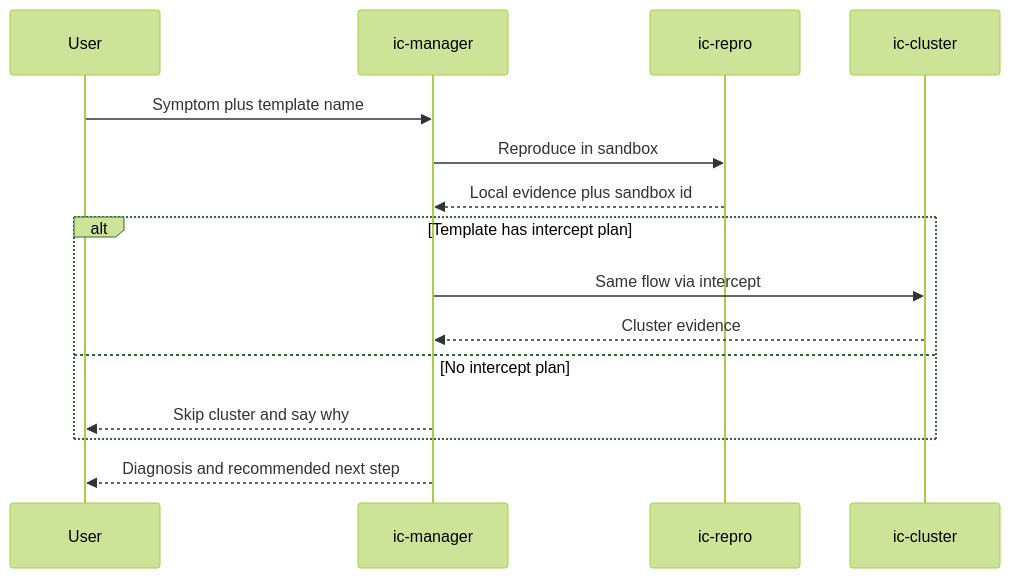
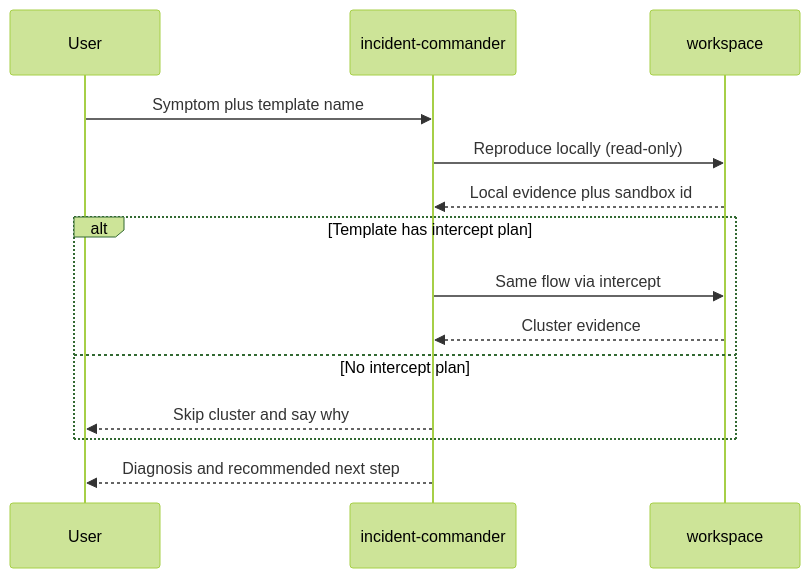
The diagram in patterns/incident-commander/README.md (crafting-demo/agent-patterns), drawn with Mermaid (forest theme) before and after one commit. The commit also changed other lines of this file and 54 other files, not shown here.

````diff
--- a/patterns/incident-commander/README.md
+++ b/patterns/incident-commander/README.md
@@ -7,17 +9,16 @@
 ```mermaid
 sequenceDiagram
   participant User
-  participant Manager as ic-manager
-  participant Repro as ic-repro
-  participant Cluster as ic-cluster
-  User->>Manager: Symptom plus template name
-  Manager->>Repro: Reproduce in sandbox
-  Repro-->>Manager: Local evidence plus sandbox id
+  participant IC as incident-commander
+  participant WS as workspace
+  User->>IC: Symptom plus template name
+  IC->>WS: Reproduce locally (read-only)
+  WS-->>IC: Local evidence plus sandbox id
   alt Template has intercept plan
-    Manager->>Cluster: Same flow via intercept
-    Cluster-->>Manager: Cluster evidence
+    IC->>WS: Same flow via intercept
+    WS-->>IC: Cluster evidence
   else No intercept plan
-    Manager-->>User: Skip cluster and say why
+    IC-->>User: Skip cluster and say why
   end
-  Manager-->>User: Diagnosis and recommended next step
+  IC-->>User: Diagnosis and recommended next step
 ```
````
